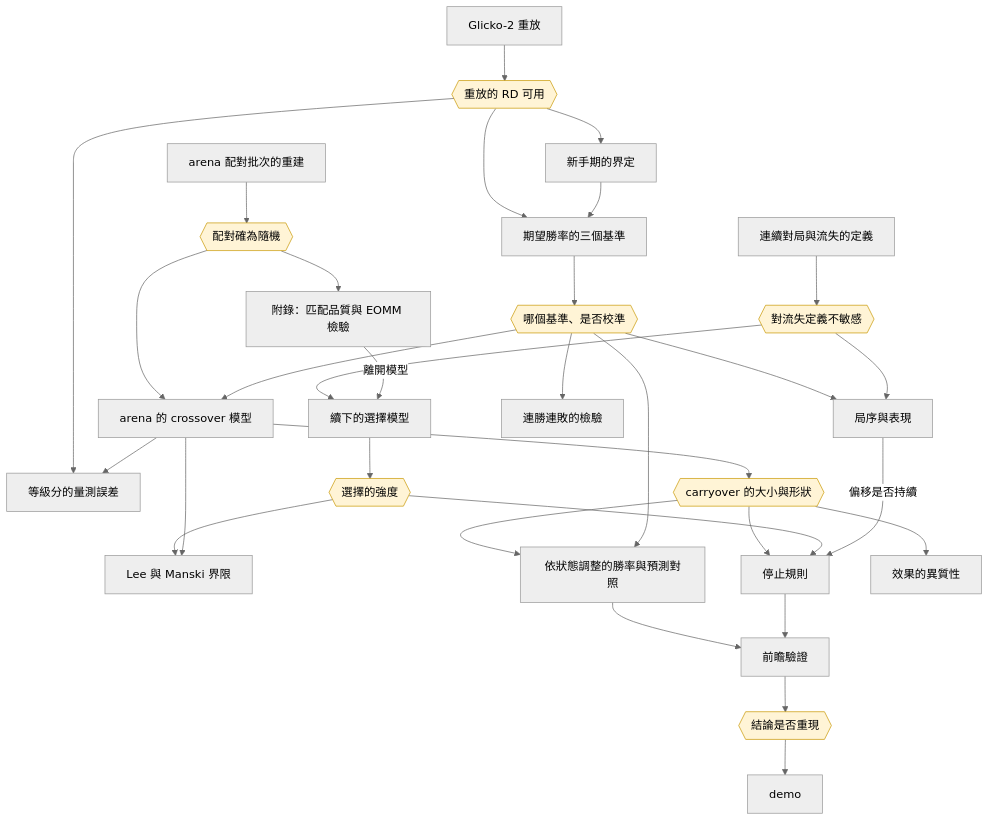
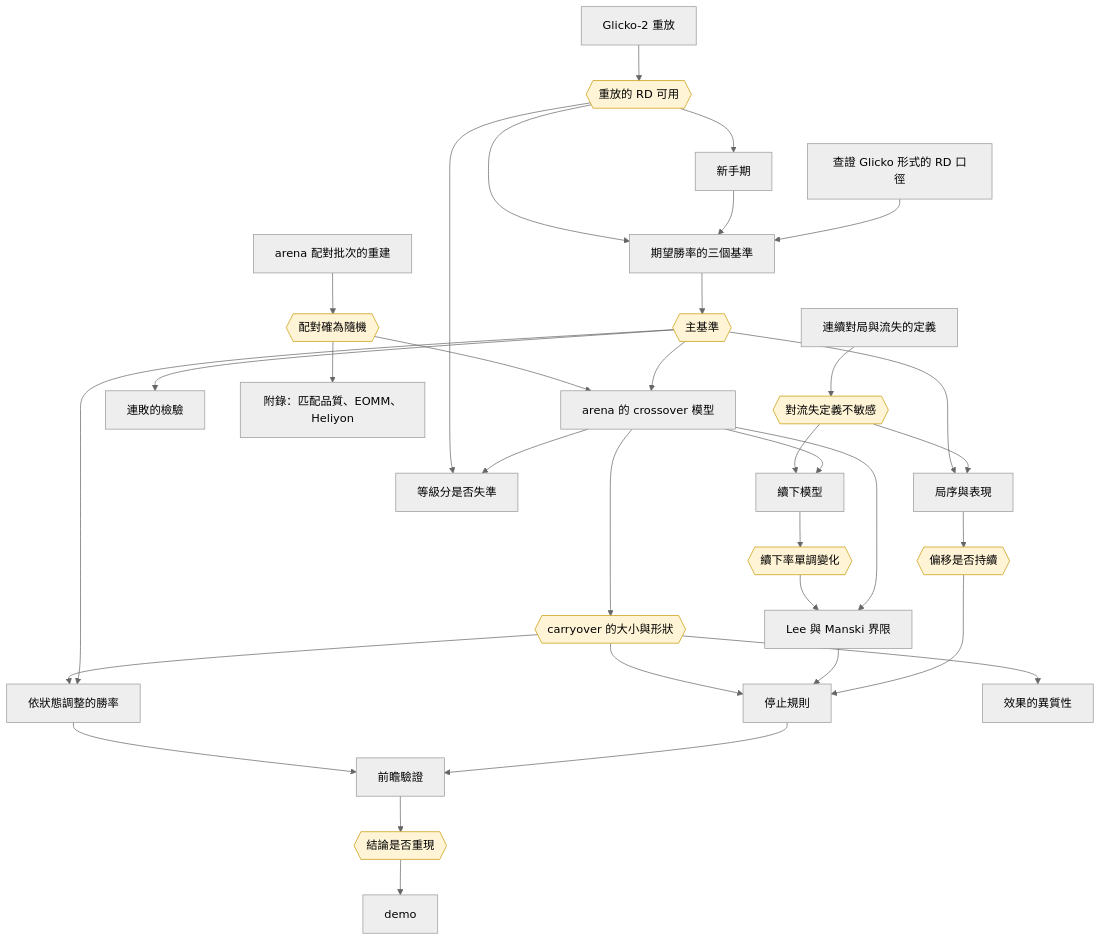
The diagram in docs/plan.md (jambochen/analyze), drawn with Mermaid (neutral theme) before and after one commit. The commit also changed other lines of this file and 1 other file, not shown here.

````diff
--- a/docs/plan.md
+++ b/docs/plan.md
@@ -99,64 +212,68 @@
 ```mermaid
 flowchart TD
     wave[arena 配對批次的重建]
     replaym[Glicko-2 重放]
-    novm[新手期的界定]
+    novm[新手期]
+    rdcheck[查證 Glicko 形式的 RD 口徑]
     basem[期望勝率的三個基準]
     churnm[連續對局與流失的定義]
-    selm[續下的選擇模型]
     xom[arena 的 crossover 模型]
-    ipwm[Lee 與 Manski 界限]
-    merm[等級分的量測誤差]
-    predm[依狀態調整的勝率與預測對照]
+    selm[續下模型]
+    boundm[Lee 與 Manski 界限]
+    filterm[等級分是否失準]
+    pmm[局序與表現]
+    predm[依狀態調整的勝率]
     stopm[停止規則]
     prospm[前瞻驗證]
     demom[demo]
     hetm[效果的異質性]
-    cpm[局序與表現]
-    streakm[連勝連敗的檢驗]
-    eommm[附錄：匹配品質與 EOMM 檢驗]
+    streakm[連敗的檢驗]
+    appm[附錄：匹配品質、EOMM、Heliyon]
 
     crand{{配對確為隨機}}
     crep{{重放的 RD 可用}}
-    cbase{{哪個基準、是否校準}}
+    cbase{{主基準}}
     csens{{對流失定義不敏感}}
-    csel{{選擇的強度}}
+    cmono{{續下率單調變化}}
     cco{{carryover 的大小與形狀}}
+    cshift{{偏移是否持續}}
     cprosp{{結論是否重現}}
 
     wave --> crand
     replaym --> crep
     basem --> cbase
     churnm --> csens
-    selm --> csel
+    selm --> cmono
     xom --> cco
+    pmm --> cshift
     prospm --> cprosp
 
     crep --> novm
     crep --> basem
     novm --> basem
-    crep --> merm
+    rdcheck --> basem
     crand --> xom
     cbase --> xom
     csens --> selm
-    eommm -->|離開模型| selm
-    csel --> ipwm
-    xom --> ipwm
-    xom --> merm
+    xom --> selm
+    cmono --> boundm
+    xom --> boundm
+    crep --> filterm
+    xom --> filterm
+    cbase --> pmm
+    csens --> pmm
     cco --> predm
     cbase --> predm
     cco --> stopm
-    csel --> stopm
+    boundm --> stopm
+    cshift --> stopm
     predm --> prospm
     stopm --> prospm
     cprosp --> demom
     cco --> hetm
-    cbase --> cpm
-    csens --> cpm
-    cpm -->|偏移是否持續| stopm
     cbase --> streakm
-    crand --> eommm
+    crand --> appm
 
     classDef concl fill:#fff4d6,stroke:#c99a06
-    class crand,crep,cbase,csens,csel,cco,cprosp concl
+    class crand,crep,cbase,csens,cmono,cco,cshift,cprosp concl
 ```
````
